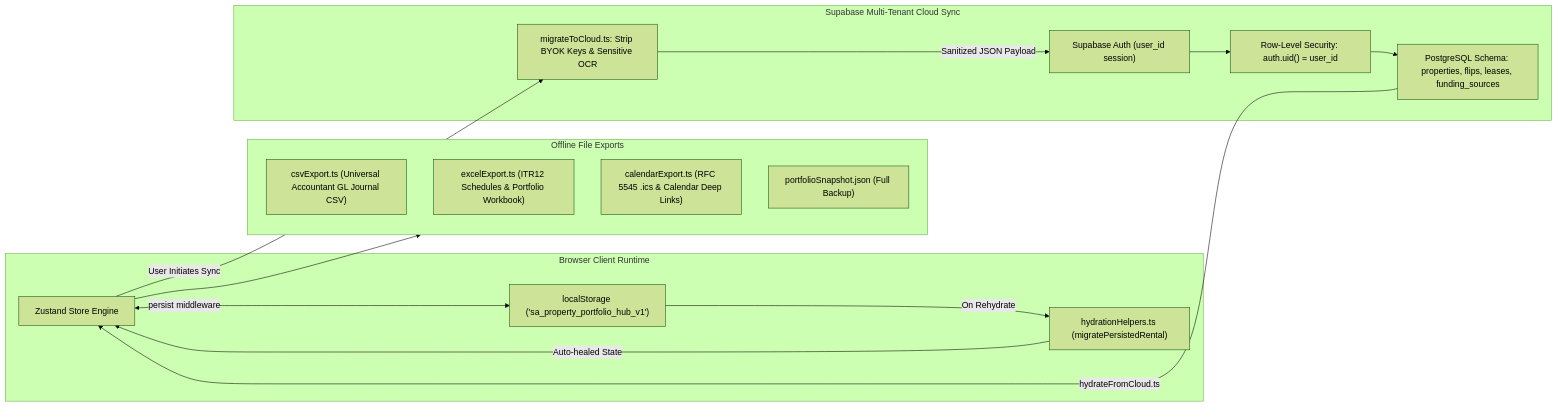
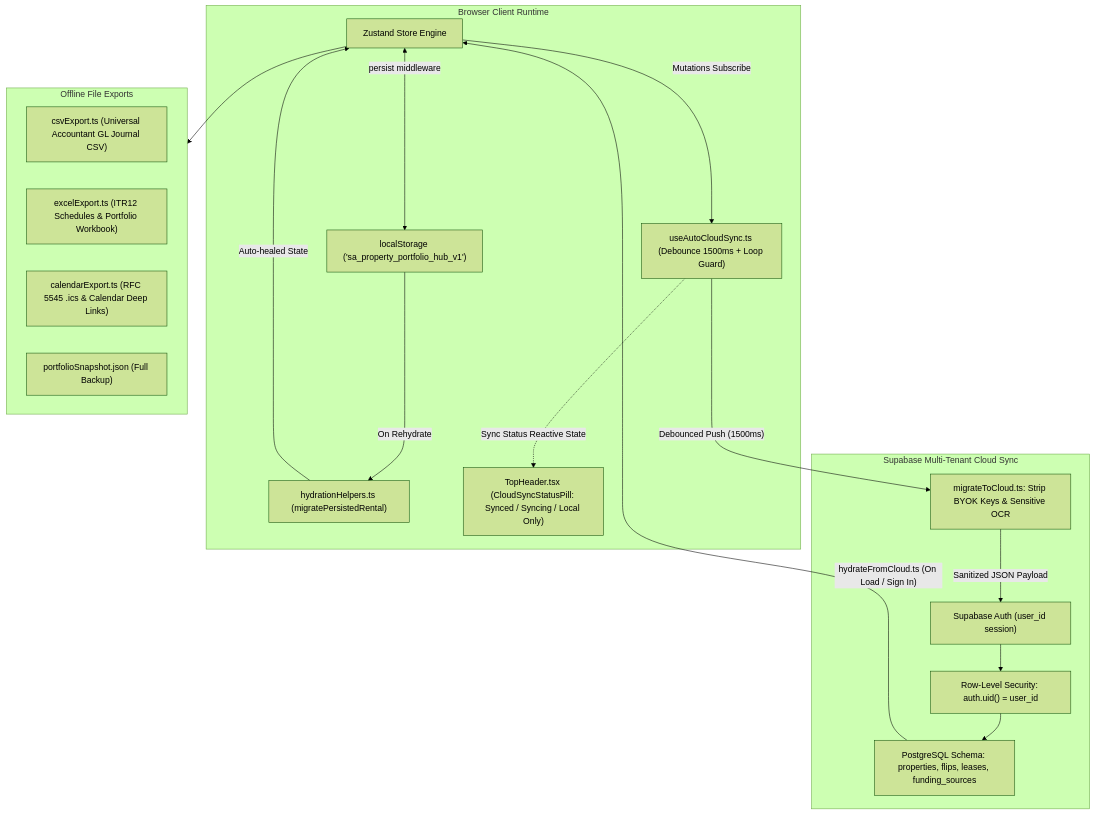
One commit to morokakk/sa-property-hub changed the sixth of 8 diagrams in ARCHITECTURE.md. Above: the diagram before and after it, drawn with Mermaid (forest theme). The commit also changed other lines of this file and 21 other files, not shown here.

First line of the commit message:
feat: add automatic cross-device cloud sync and lean maintenance ticketing

````diff
--- a/ARCHITECTURE.md
+++ b/ARCHITECTURE.md
@@ -350,34 +355,38 @@
 ```mermaid
-flowchart LR
+flowchart TD
   subgraph ClientRuntime["Browser Client Runtime"]
     ZUSTAND["Zustand Store Engine"]
     LOCAL["localStorage ('sa_property_portfolio_hub_v1')"]
     AUTO_HEAL["hydrationHelpers.ts (migratePersistedRental)"]
+    SYNC_HOOK["useAutoCloudSync.ts (Debounce 1500ms + Loop Guard)"]
+    PILL["TopHeader.tsx (CloudSyncStatusPill: Synced / Syncing / Local Only)"]
   end
 
   subgraph ExportEngine["Offline File Exports"]
     CSV_EXP["csvExport.ts (Universal Accountant GL Journal CSV)"]
     EXCEL_EXP["excelExport.ts (ITR12 Schedules & Portfolio Workbook)"]
     ICS_EXP["calendarExport.ts (RFC 5545 .ics & Calendar Deep Links)"]
     JSON_SNAP["portfolioSnapshot.json (Full Backup)"]
   end
 
   subgraph CloudSync["Supabase Multi-Tenant Cloud Sync"]
     AUTH["Supabase Auth (user_id session)"]
     RLS["Row-Level Security: auth.uid() = user_id"]
     SANITIZE["migrateToCloud.ts: Strip BYOK Keys & Sensitive OCR"]
     TABLES["PostgreSQL Schema: properties, flips, leases, funding_sources"]
   end
 
   ZUSTAND <-->|"persist middleware"| LOCAL
   LOCAL -->|"On Rehydrate"| AUTO_HEAL
   AUTO_HEAL -->|"Auto-healed State"| ZUSTAND
 
   ZUSTAND --> ExportEngine
 
-  ZUSTAND -->|"User Initiates Sync"| SANITIZE
+  ZUSTAND -->|"Mutations Subscribe"| SYNC_HOOK
+  SYNC_HOOK -->|"Debounced Push (1500ms)"| SANITIZE
+  SYNC_HOOK -.->|"Sync Status Reactive State"| PILL
   SANITIZE -->|"Sanitized JSON Payload"| AUTH
   AUTH --> RLS
   RLS --> TABLES
-  TABLES -->|"hydrateFromCloud.ts"| ZUSTAND
+  TABLES -->|"hydrateFromCloud.ts (On Load / Sign In)"| ZUSTAND
 ```
````
